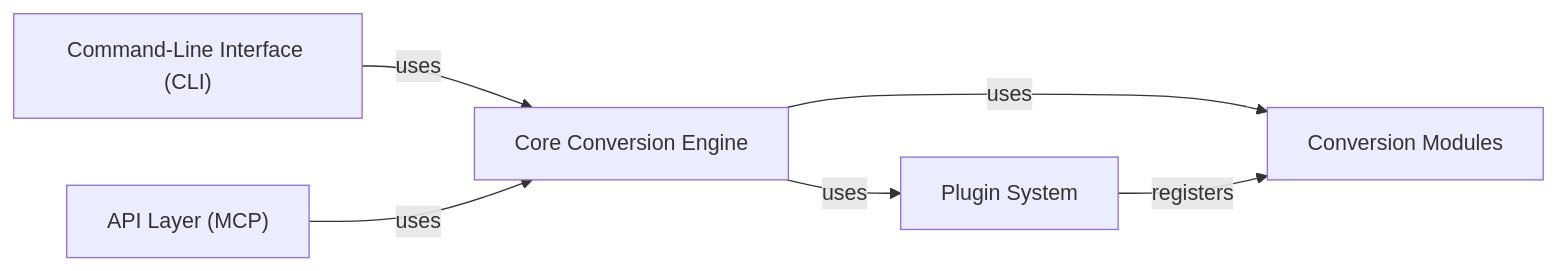
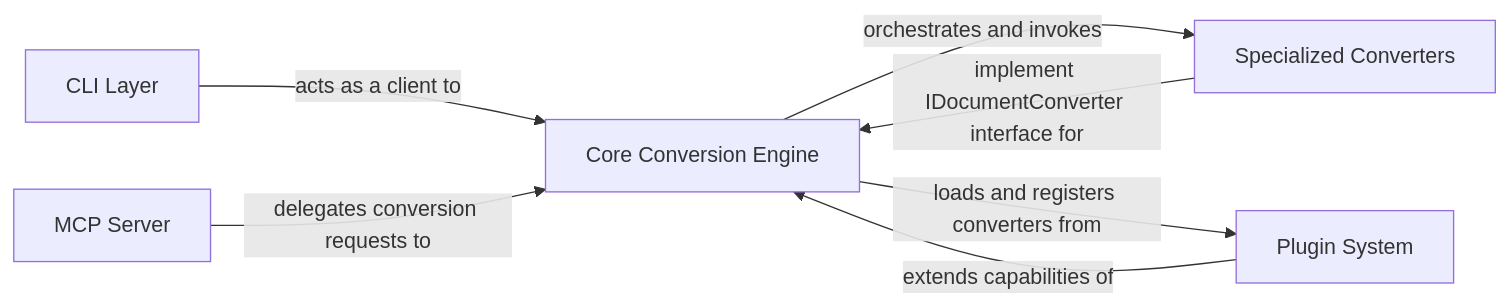
Before and after one commit to CodeBoarding/GeneratedOnBoardings: the diagram in markitdown/on_boarding.md, drawn with Mermaid. The commit also changed other lines of this file, not shown here.

````diff
--- a/markitdown/on_boarding.md
+++ b/markitdown/on_boarding.md
@@ -1,13 +1,14 @@
 ```mermaid
 graph LR
     Core_Conversion_Engine["Core Conversion Engine"]
-    Conversion_Modules["Conversion Modules"]
+    Specialized_Converters["Specialized Converters"]
     Plugin_System["Plugin System"]
-    Command_Line_Interface_CLI_["Command-Line Interface (CLI)"]
-    API_Layer_MCP_["API Layer (MCP)"]
-    Core_Conversion_Engine -- "uses" --> Conversion_Modules
-    Core_Conversion_Engine -- "uses" --> Plugin_System
-    Command_Line_Interface_CLI_ -- "uses" --> Core_Conversion_Engine
-    API_Layer_MCP_ -- "uses" --> Core_Conversion_Engine
-    Plugin_System -- "registers" --> Conversion_Modules
+    CLI_Layer["CLI Layer"]
+    MCP_Server["MCP Server"]
+    Core_Conversion_Engine -- "orchestrates and invokes" --> Specialized_Converters
+    Specialized_Converters -- "implement IDocumentConverter interface for" --> Core_Conversion_Engine
+    Core_Conversion_Engine -- "loads and registers converters from" --> Plugin_System
+    Plugin_System -- "extends capabilities of" --> Core_Conversion_Engine
+    CLI_Layer -- "acts as a client to" --> Core_Conversion_Engine
+    MCP_Server -- "delegates conversion requests to" --> Core_Conversion_Engine
 ```
````
